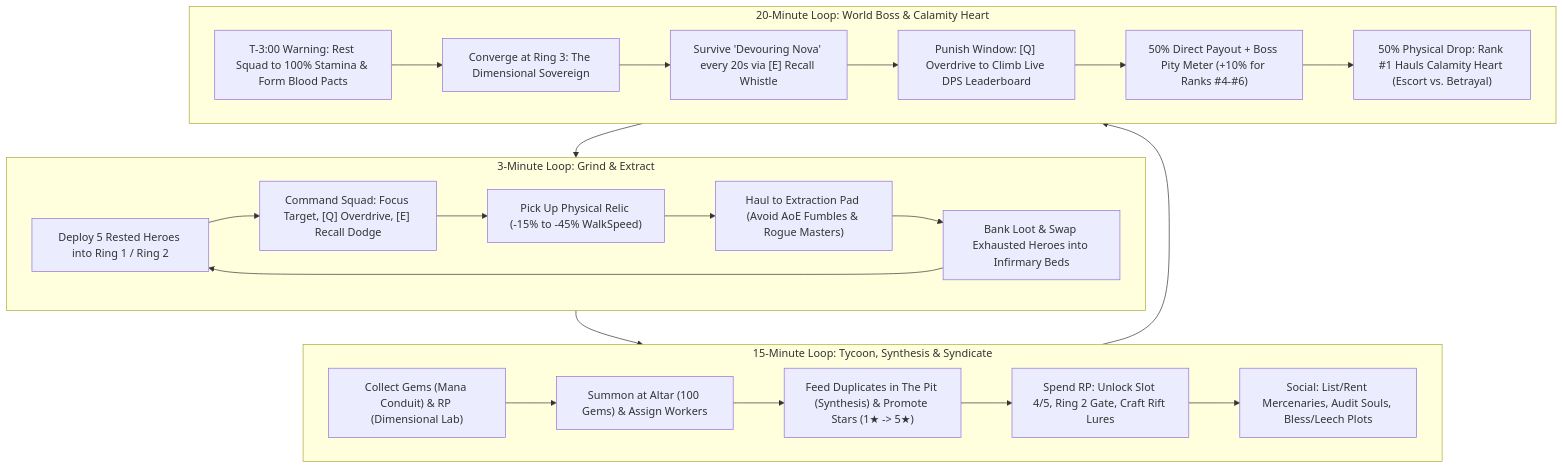
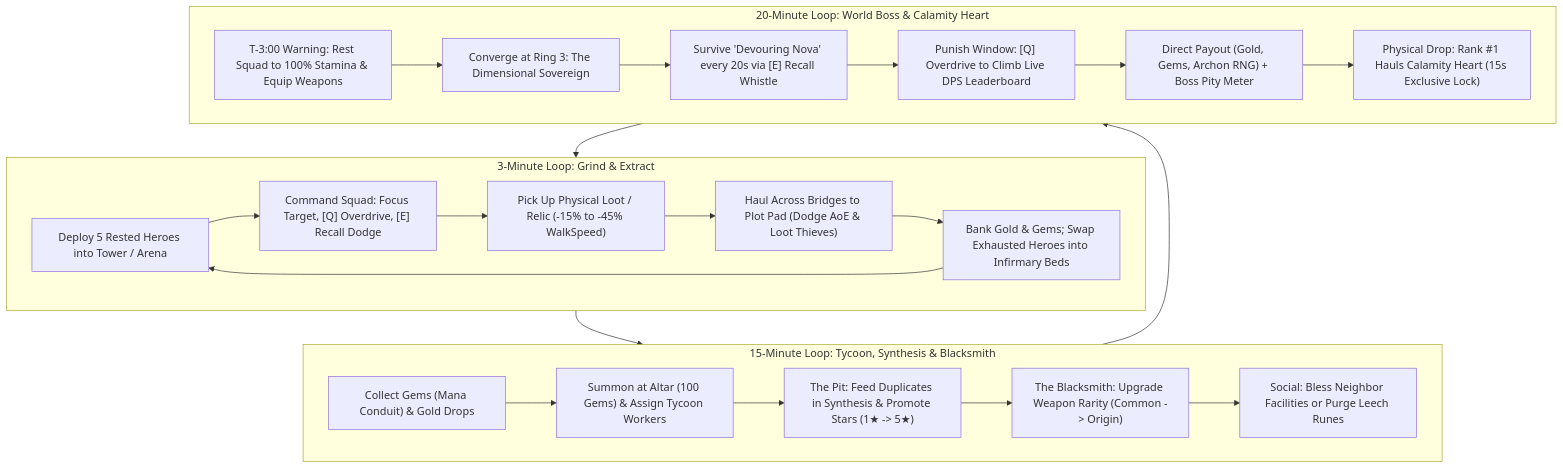
One commit to Zaimoo/infinite-tower changed the diagram in GAME_DESIGN.MD. Above: the diagram before and after it, drawn with Mermaid. The commit also changed other lines of this file and 5 other files, not shown here.

First line of the commit message:
docs: align game design, architecture, economy, and UI docs with current implementation

````diff
--- a/GAME_DESIGN.MD
+++ b/GAME_DESIGN.MD
@@ -44,29 +45,29 @@
 ```mermaid
 flowchart TD
     subgraph Micro["3-Minute Loop: Grind & Extract"]
-        M1["Deploy 5 Rested Heroes into Ring 1 / Ring 2"] --> M2["Command Squad: Focus Target, [Q] Overdrive, [E] Recall Dodge"]
-        M2 --> M3["Pick Up Physical Relic (-15% to -45% WalkSpeed)"]
-        M3 --> M4["Haul to Extraction Pad (Avoid AoE Fumbles & Rogue Masters)"]
-        M4 --> M5["Bank Loot & Swap Exhausted Heroes into Infirmary Beds"]
+        M1["Deploy 5 Rested Heroes into Tower / Arena"] --> M2["Command Squad: Focus Target, [Q] Overdrive, [E] Recall Dodge"]
+        M2 --> M3["Pick Up Physical Loot / Relic (-15% to -45% WalkSpeed)"]
+        M3 --> M4["Haul Across Bridges to Plot Pad (Dodge AoE & Loot Thieves)"]
+        M4 --> M5["Bank Gold & Gems; Swap Exhausted Heroes into Infirmary Beds"]
         M5 --> M1
     end
 
-    subgraph Meso["15-Minute Loop: Tycoon, Synthesis & Syndicate"]
-        T1["Collect Gems (Mana Conduit) & RP (Dimensional Lab)"] --> T2["Summon at Altar (100 Gems) & Assign Workers"]
-        T2 --> T3["Feed Duplicates in The Pit (Synthesis) & Promote Stars (1★ -> 5★)"]
-        T3 --> T4["Spend RP: Unlock Slot 4/5, Ring 2 Gate, Craft Rift Lures"]
-        T4 --> T5["Social: List/Rent Mercenaries, Audit Souls, Bless/Leech Plots"]
+    subgraph Meso["15-Minute Loop: Tycoon, Synthesis & Blacksmith"]
+        T1["Collect Gems (Mana Conduit) & Gold Drops"] --> T2["Summon at Altar (100 Gems) & Assign Tycoon Workers"]
+        T2 --> T3["The Pit: Feed Duplicates in Synthesis & Promote Stars (1★ -> 5★)"]
+        T3 --> T4["The Blacksmith: Upgrade Weapon Rarity (Common -> Origin)"]
+        T4 --> T5["Social: Bless Neighbor Facilities or Purge Leech Runes"]
     end
 
     subgraph Macro["20-Minute Loop: World Boss & Calamity Heart"]
-        W1["T-3:00 Warning: Rest Squad to 100% Stamina & Form Blood Pacts"] --> W2["Converge at Ring 3: The Dimensional Sovereign"]
+        W1["T-3:00 Warning: Rest Squad to 100% Stamina & Equip Weapons"] --> W2["Converge at Ring 3: The Dimensional Sovereign"]
         W2 --> W3["Survive 'Devouring Nova' every 20s via [E] Recall Whistle"]
         W3 --> W4["Punish Window: [Q] Overdrive to Climb Live DPS Leaderboard"]
-        W4 --> W5["50% Direct Payout + Boss Pity Meter (+10% for Ranks #4-#6)"]
-        W5 --> W6["50% Physical Drop: Rank #1 Hauls Calamity Heart (Escort vs. Betrayal)"]
+        W4 --> W5["Direct Payout (Gold, Gems, Archon RNG) + Boss Pity Meter"]
+        W5 --> W6["Physical Drop: Rank #1 Hauls Calamity Heart (15s Exclusive Lock)"]
     end
 
     Micro --> Meso
     Meso --> Macro
     Macro --> Micro
 ```
````
